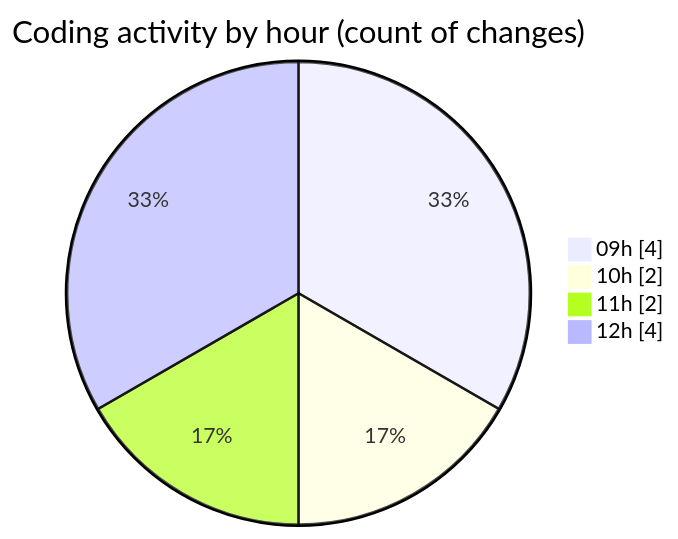
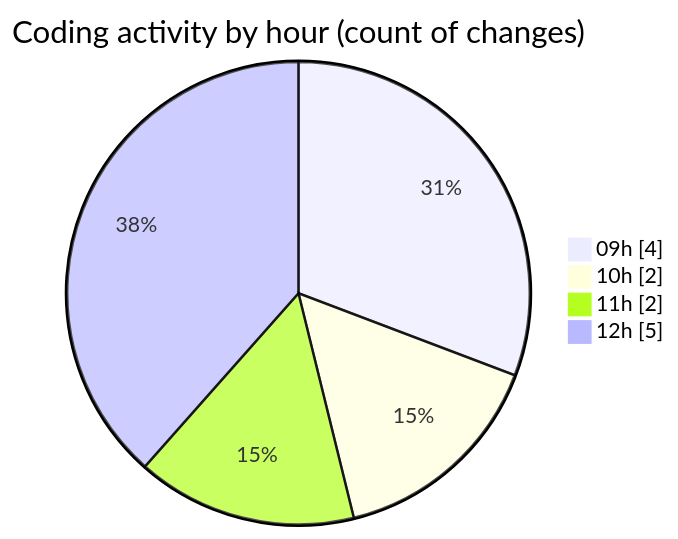
Before and after one commit to trdunsworth/code-tracking: the second of 2 diagrams in 2025-04-22/synth_911data_gen/README.md, drawn with Mermaid. The commit also changed other lines of this file and 1 other file, not shown here.

````diff
--- a/2025-04-22/synth_911data_gen/README.md
+++ b/2025-04-22/synth_911data_gen/README.md
@@ -30,8 +30,8 @@
 ```mermaid
 pie showData
 title Coding activity by hour (count of changes)
 "09h" : 4
 "10h" : 2
 "11h" : 2
-"12h" : 4
+"12h" : 5
 ```
````
